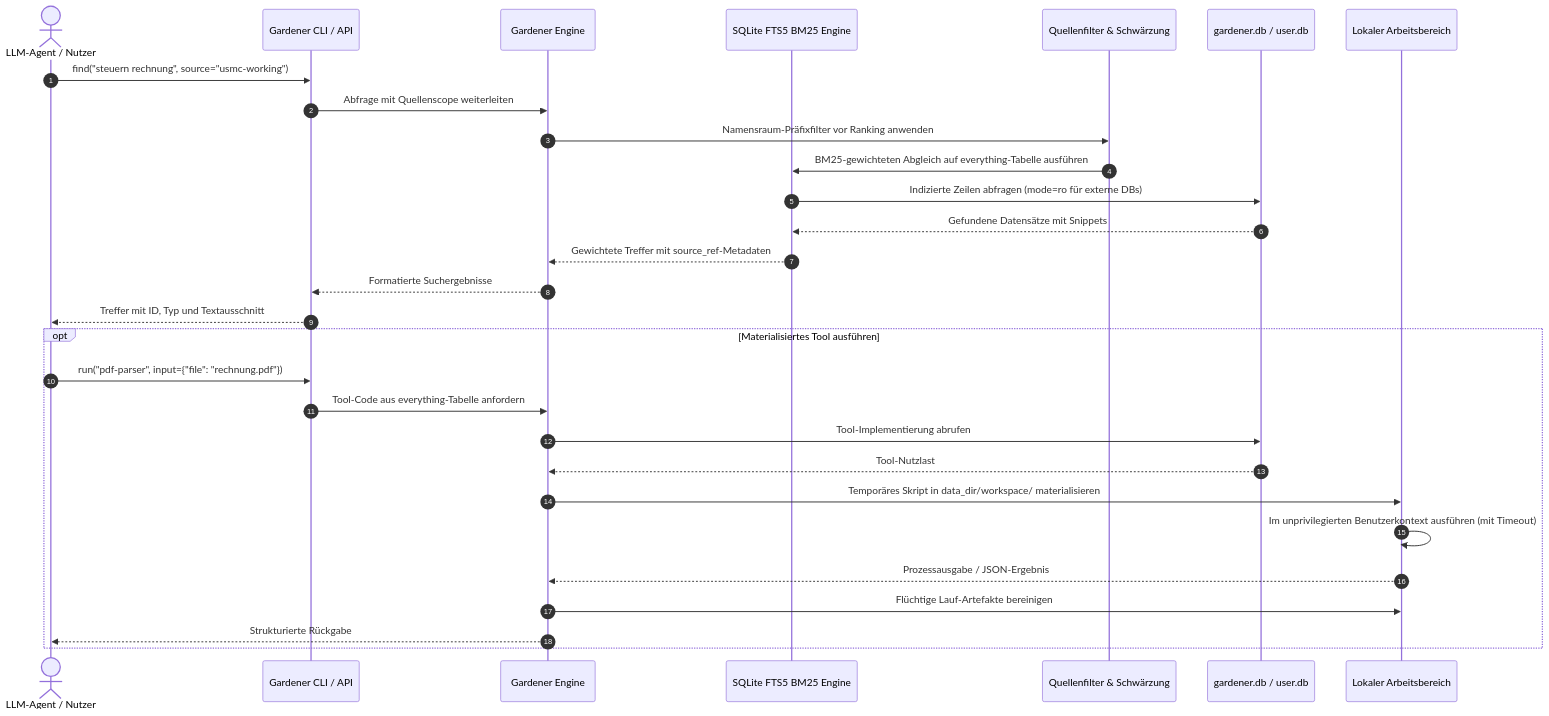
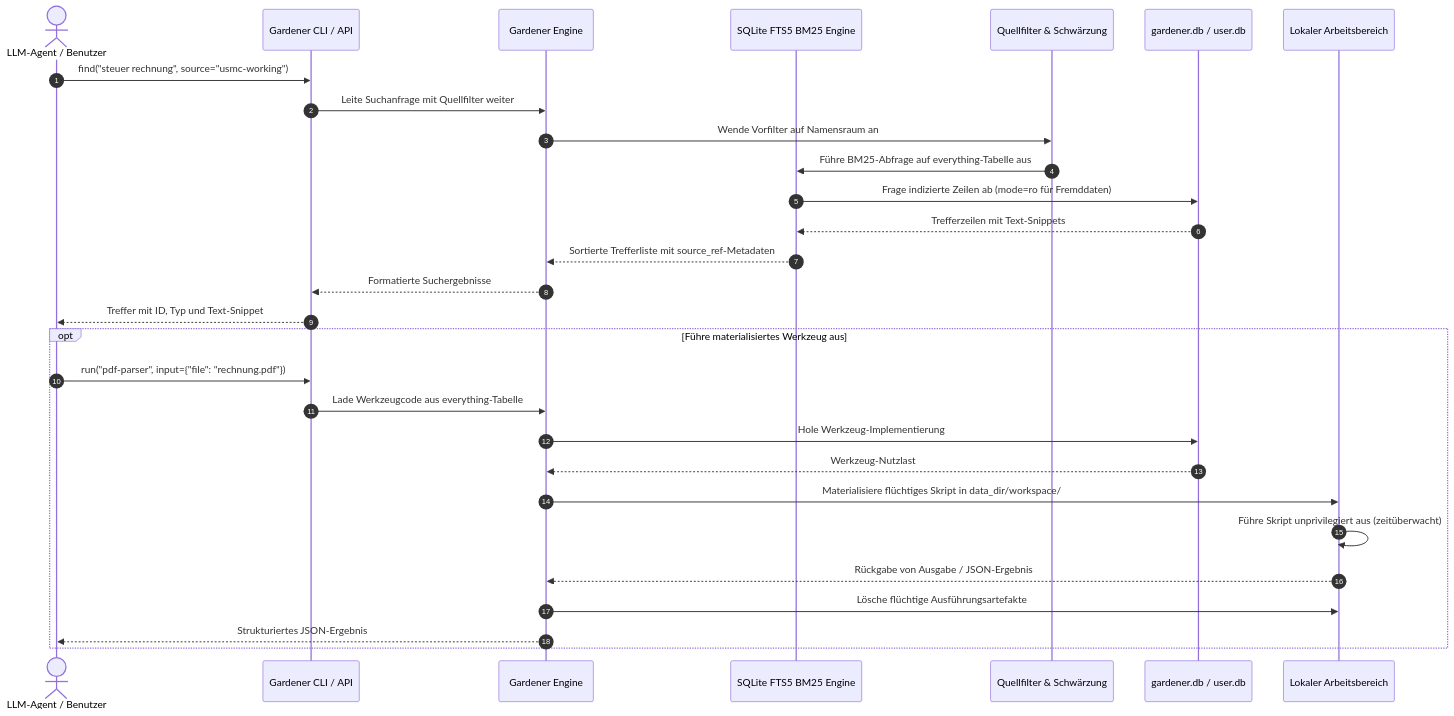
Before and after one commit to ellmos-ai/GARDENER: the second of 2 diagrams in README_de.md, drawn with Mermaid. The commit also changed other lines of this file and 7 other files, not shown here.

Commit message:
chore(marketing): complete Pfad B visual architecture, 18-point bilingual navigation, SBOM, and contract tests

````diff
--- a/README_de.md
+++ b/README_de.md
@@ -176,33 +197,33 @@
 ```mermaid
 sequenceDiagram
     autonumber
-    actor Agent as LLM-Agent / Nutzer
+    actor Agent as LLM-Agent / Benutzer
     participant CLI as Gardener CLI / API
     participant Core as Gardener Engine
     participant FTS as SQLite FTS5 BM25 Engine
-    participant Filter as Quellenfilter & Schwärzung
+    participant Filter as Quellfilter & Schwärzung
     participant DB as gardener.db / user.db
     participant WS as Lokaler Arbeitsbereich
 
-    Agent->>CLI: find("steuern rechnung", source="usmc-working")
-    CLI->>Core: Abfrage mit Quellenscope weiterleiten
-    Core->>Filter: Namensraum-Präfixfilter vor Ranking anwenden
-    Filter->>FTS: BM25-gewichteten Abgleich auf everything-Tabelle ausführen
-    FTS->>DB: Indizierte Zeilen abfragen (mode=ro für externe DBs)
-    DB-->>FTS: Gefundene Datensätze mit Snippets
-    FTS-->>Core: Gewichtete Treffer mit source_ref-Metadaten
+    Agent->>CLI: find("steuer rechnung", source="usmc-working")
+    CLI->>Core: Leite Suchanfrage mit Quellfilter weiter
+    Core->>Filter: Wende Vorfilter auf Namensraum an
+    Filter->>FTS: Führe BM25-Abfrage auf everything-Tabelle aus
+    FTS->>DB: Frage indizierte Zeilen ab (mode=ro für Fremddaten)
+    DB-->>FTS: Trefferzeilen mit Text-Snippets
+    FTS-->>Core: Sortierte Trefferliste mit source_ref-Metadaten
     Core-->>CLI: Formatierte Suchergebnisse
-    CLI-->>Agent: Treffer mit ID, Typ und Textausschnitt
+    CLI-->>Agent: Treffer mit ID, Typ und Text-Snippet
 
-    opt Materialisiertes Tool ausführen
+    opt Führe materialisiertes Werkzeug aus
         Agent->>CLI: run("pdf-parser", input={"file": "rechnung.pdf"})
-        CLI->>Core: Tool-Code aus everything-Tabelle anfordern
-        Core->>DB: Tool-Implementierung abrufen
-        DB-->>Core: Tool-Nutzlast
-        Core->>WS: Temporäres Skript in data_dir/workspace/ materialisieren
-        WS->>WS: Im unprivilegierten Benutzerkontext ausführen (mit Timeout)
-        WS-->>Core: Prozessausgabe / JSON-Ergebnis
-        Core->>WS: Flüchtige Lauf-Artefakte bereinigen
-        Core-->>Agent: Strukturierte Rückgabe
+        CLI->>Core: Lade Werkzeugcode aus everything-Tabelle
+        Core->>DB: Hole Werkzeug-Implementierung
+        DB-->>Core: Werkzeug-Nutzlast
+        Core->>WS: Materialisiere flüchtiges Skript in data_dir/workspace/
+        WS->>WS: Führe Skript unprivilegiert aus (zeitüberwacht)
+        WS-->>Core: Rückgabe von Ausgabe / JSON-Ergebnis
+        Core->>WS: Lösche flüchtige Ausführungsartefakte
+        Core-->>Agent: Strukturiertes JSON-Ergebnis
     end
 ```
````
